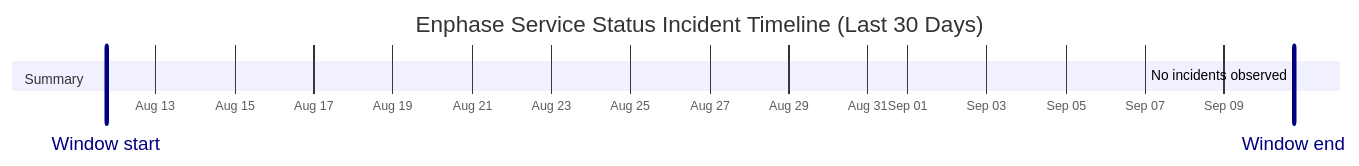
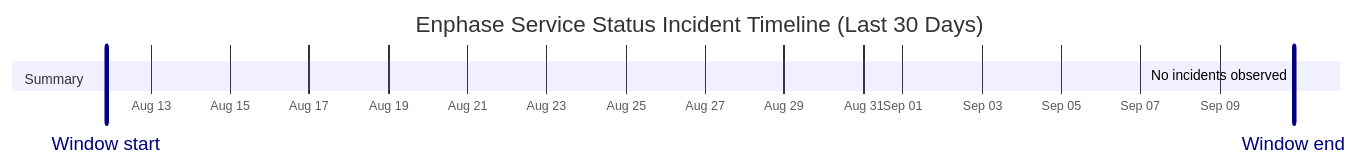
The diagram in wiki/Service-Status-History.md (barneyonline/ha-enphase-energy), drawn with Mermaid before and after one commit. The commit also changed other lines of this file and 3 other files, not shown here.

````diff
--- a/wiki/Service-Status-History.md
+++ b/wiki/Service-Status-History.md
@@ -14,10 +14,10 @@
 ```mermaid
 gantt
     title Enphase Service Status Incident Timeline (Last 30 Days)
     dateFormat  YYYY-MM-DDTHH:mm:ss
     axisFormat  %b %d
-    Window start :vert, window-start, 2026-08-11T18:05:55, 0ms
-    Window end :vert, window-end, 2026-09-10T18:05:55, 0ms
+    Window start :vert, window-start, 2026-08-11T21:03:37, 0ms
+    Window end :vert, window-end, 2026-09-10T21:03:37, 0ms
     section Summary
-    No incidents observed :done, 2026-09-10T18:05:55, 1m
+    No incidents observed :done, 2026-09-10T21:03:37, 1m
 ```
````
